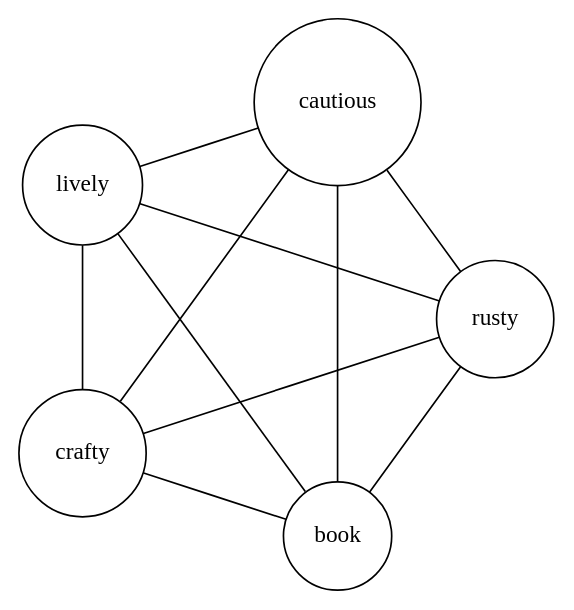
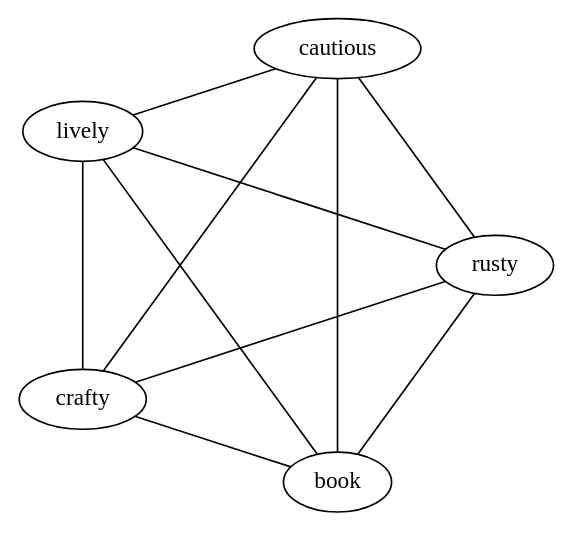
One commit to mskmoorthy/PancaTantra-Graph changed the diagram in src/logos/panchalogo.gv. Above: the diagram before and after it, drawn with Graphviz.

Commit message:
use default shape for nodes

```diff
--- a/src/logos/panchalogo.gv
+++ b/src/logos/panchalogo.gv
@@ -1,12 +1,14 @@
 // see https://stackoverflow.com/questions/46317240/how-to-layout-complete-graphs-circularly-using-dot-and-graphviz
 
 graph P  {
-        layout=circo
-        book [shape=circle]
-        rusty [shape=circle, fillcolor=red]
-        lively [fillcolor=blue, shape=circle]
-        cautious [fillcolor=green, shape=circle]
-        crafty [shape=circle, fillcolor=green]
+        layout=circo 
+        
+        book 
+        rusty [fillcolor=red]
+        lively [fillcolor=blue]
+        cautious [fillcolor=green]
+        crafty [fillcolor=green]
+        
         book--rusty--lively--cautious--crafty--book //pentagon
 book--lively--crafty--rusty--cautious--book //diagonals
 }
```
